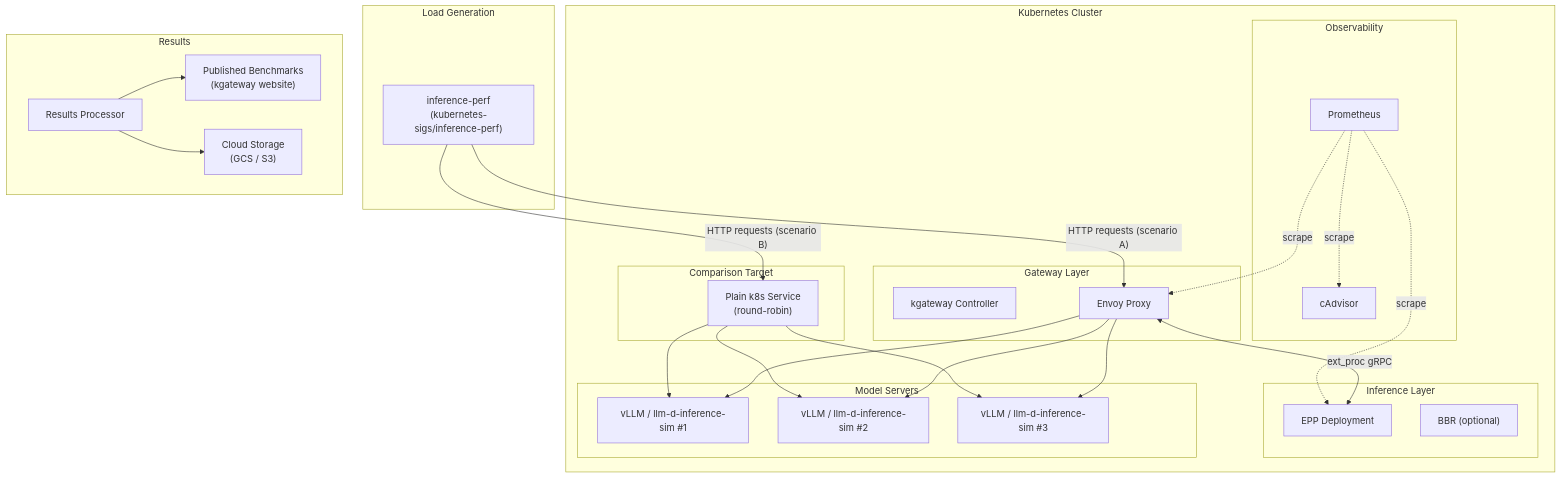
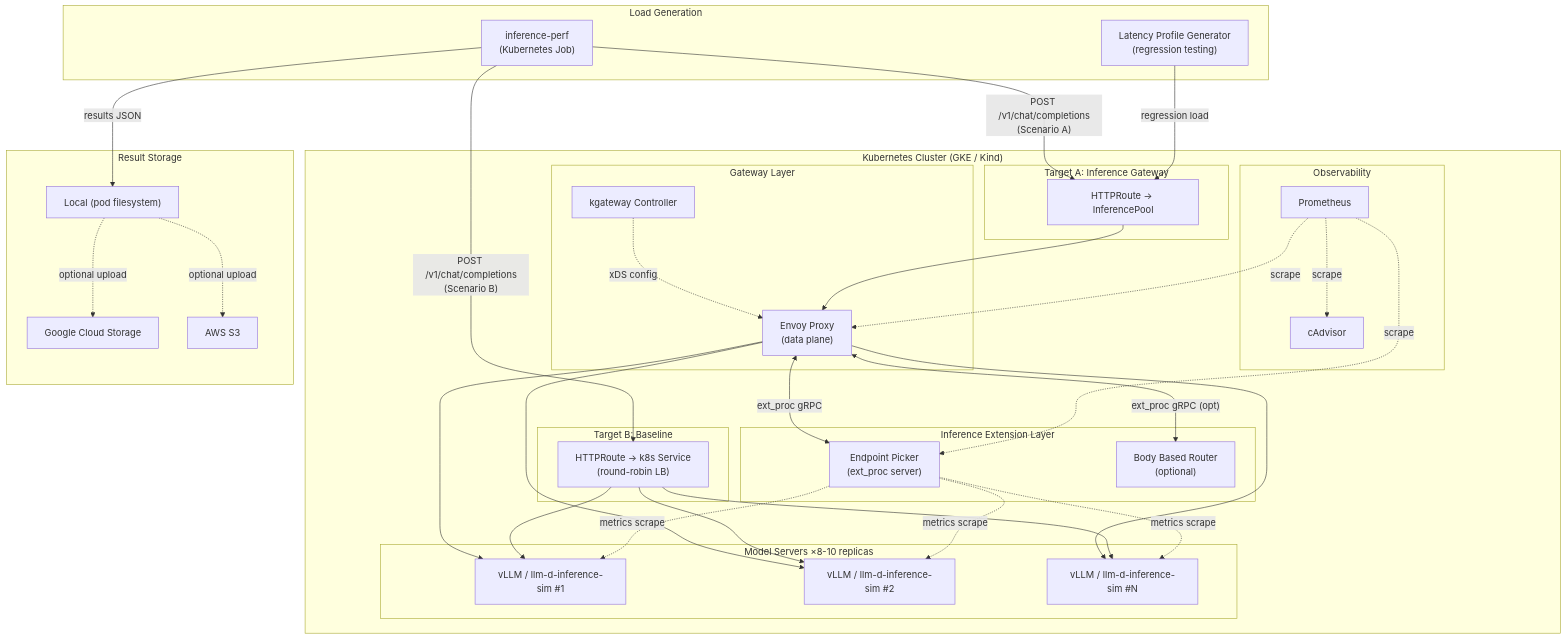
Before and after one commit to 1Shubham7/knotes: the second of 6 diagrams in teamp.md, drawn with Mermaid. The commit also changed other lines of this file, not shown here.

````diff
--- a/teamp.md
+++ b/teamp.md
@@ -132,47 +80,63 @@
 ```mermaid
 flowchart TB
     subgraph "Load Generation"
-        IP["inference-perf<br/>(kubernetes-sigs/inference-perf)"]
+        IP["inference-perf<br/>(Kubernetes Job)"]
+        LPG["Latency Profile Generator<br/>(regression testing)"]
     end
 
-    subgraph "Kubernetes Cluster"
+    subgraph "Kubernetes Cluster (GKE / Kind)"
+
         subgraph "Gateway Layer"
             GW["kgateway Controller"]
-            EP["Envoy Proxy"]
+            ENV["Envoy Proxy<br/>(data plane)"]
+            GW -.->|"xDS config"| ENV
         end
 
-        subgraph "Inference Layer"
-            EPP_D["EPP Deployment"]
-            BBR_D["BBR (optional)"]
+        subgraph "Inference Extension Layer"
+            EPP["Endpoint Picker<br/>(ext_proc server)"]
+            BBR["Body Based Router<br/>(optional)"]
         end
 
-        subgraph "Model Servers"
+        subgraph "Target A: Inference Gateway"
+            IGW_RT["HTTPRoute → InferencePool"]
+        end
+
+        subgraph "Target B: Baseline"
+            K8S_SVC["HTTPRoute → k8s Service<br/>(round-robin LB)"]
+        end
+
+        subgraph "Model Servers  ×8-10 replicas"
             MS1["vLLM / llm-d-inference-sim #1"]
             MS2["vLLM / llm-d-inference-sim #2"]
-            MS3["vLLM / llm-d-inference-sim #3"]
-        end
-
-        subgraph "Comparison Target"
-            K8S["Plain k8s Service<br/>(round-robin)"]
+            MSN["vLLM / llm-d-inference-sim #N"]
         end
 
         subgraph "Observability"
             PROM["Prometheus"]
-            CM["cAdvisor"]
+            CA["cAdvisor"]
         end
     end
 
-    subgraph "Results"
-        RP["Results Processor"]
-        PUB["Published Benchmarks<br/>(kgateway website)"]
-        GCS["Cloud Storage<br/>(GCS / S3)"]
+    subgraph "Result Storage"
+        LOCAL["Local (pod filesystem)"]
+        GCS["Google Cloud Storage"]
+        S3["AWS S3"]
     end
 
-    IP -->|"HTTP requests (scenario A)"| EP
-    IP -->|"HTTP requests (scenario B)"| K8S
-    EP <-->|"ext_proc gRPC"| EPP_D
-    EP --> MS1 & MS2 & MS3
-    K8S --> MS1 & MS2 & MS3
-    PROM -.->|"scrape"| EP & EPP_D & CM
-    RP --> PUB & GCS
+    IP -->|"POST /v1/chat/completions<br/>(Scenario A)"| IGW_RT
+    IP -->|"POST /v1/chat/completions<br/>(Scenario B)"| K8S_SVC
+    LPG -->|"regression load"| IGW_RT
+
+    IGW_RT --> ENV
+    ENV <-->|"ext_proc gRPC"| EPP
+    ENV <-->|"ext_proc gRPC (opt)"| BBR
+    ENV --> MS1 & MS2 & MSN
+
+    K8S_SVC --> MS1 & MS2 & MSN
+
+    EPP -.->|"metrics scrape"| MS1 & MS2 & MSN
+    PROM -.->|"scrape"| ENV & EPP & CA
+
+    IP -->|"results JSON"| LOCAL
+    LOCAL -.->|"optional upload"| GCS & S3
 ```
````
